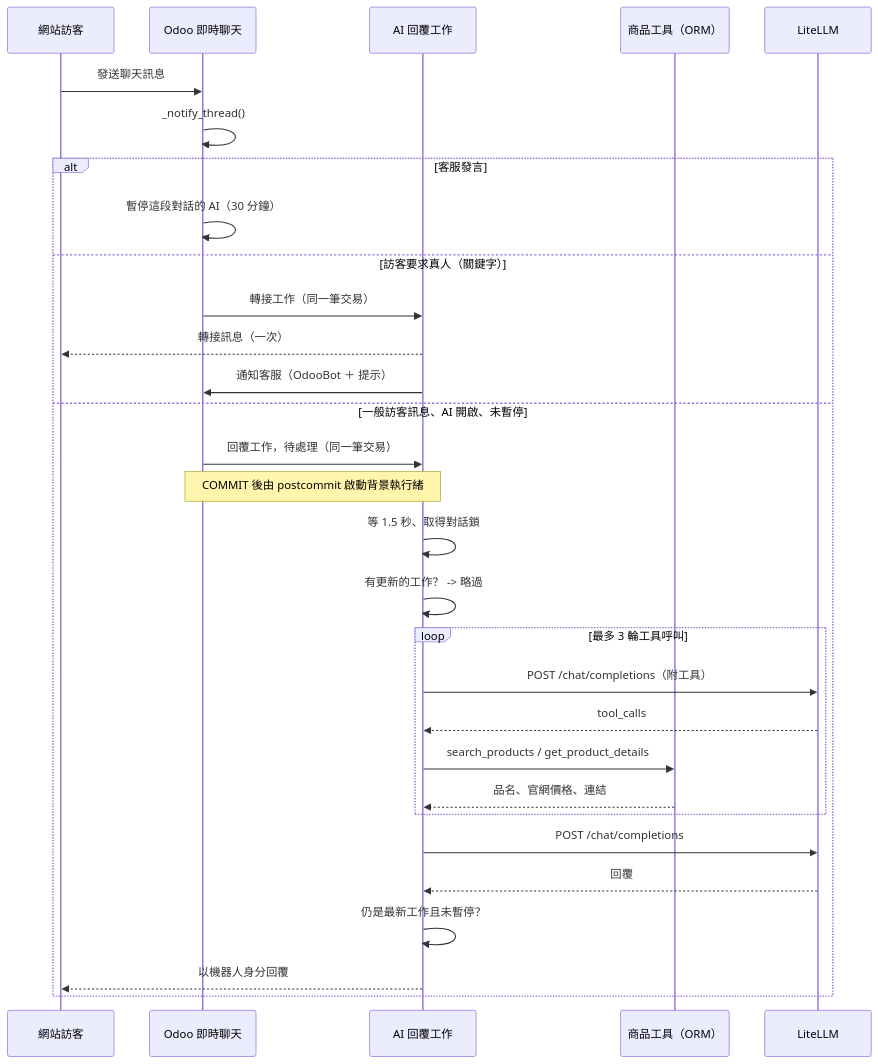
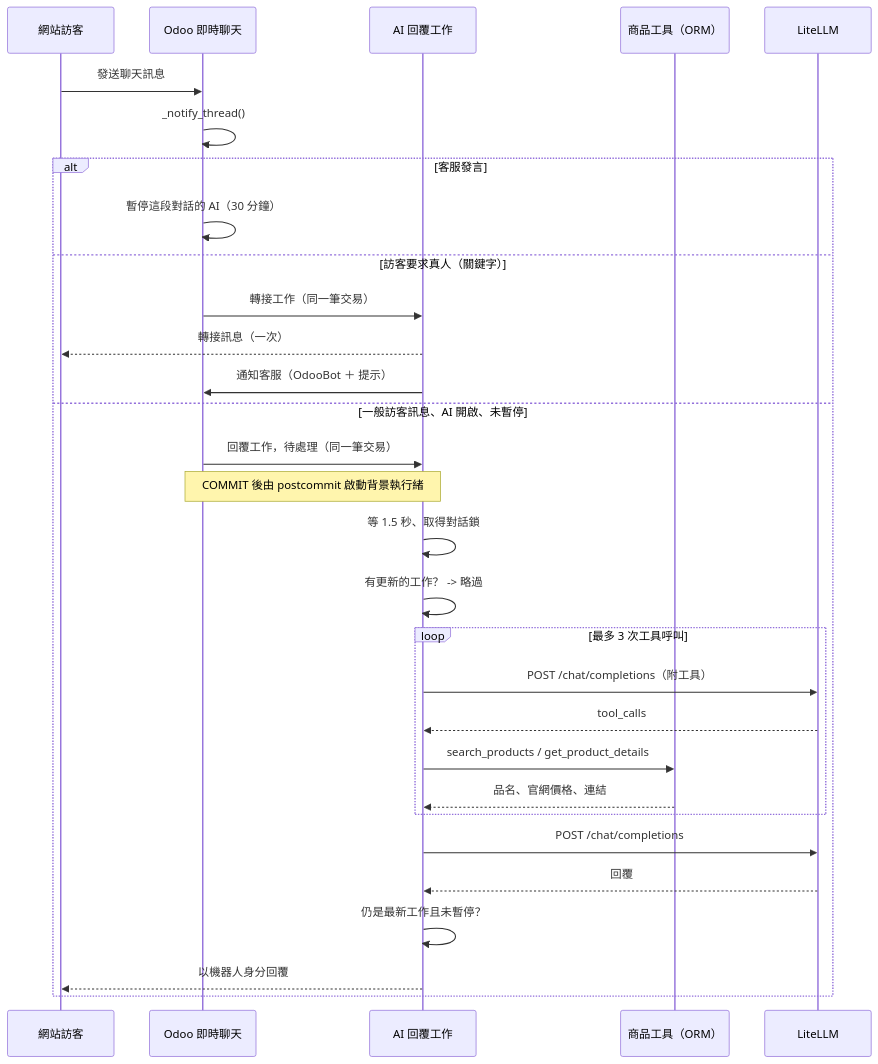
The first of 2 diagrams in README_zh-TW.md (WOOWTECH/Woow_odoo_ai_livechat), drawn with Mermaid before and after one commit. The commit also changed other lines of this file and 18 other files, not shown here.

````diff
--- a/README_zh-TW.md
+++ b/README_zh-TW.md
@@ -138,33 +138,33 @@
 ```mermaid
 sequenceDiagram
     participant V as 網站訪客
     participant O as Odoo 即時聊天
     participant J as AI 回覆工作
     participant T as 商品工具（ORM）
     participant L as LiteLLM
 
     V->>O: 發送聊天訊息
     O->>O: _notify_thread()
     alt 客服發言
         O->>O: 暫停這段對話的 AI（30 分鐘）
     else 訪客要求真人（關鍵字）
         O->>J: 轉接工作（同一筆交易）
         J-->>V: 轉接訊息（一次）
         J->>O: 通知客服（OdooBot ＋ 提示）
     else 一般訪客訊息、AI 開啟、未暫停
         O->>J: 回覆工作，待處理（同一筆交易）
         Note over O,J: COMMIT 後由 postcommit 啟動背景執行緒
         J->>J: 等 1.5 秒、取得對話鎖
         J->>J: 有更新的工作？ -> 略過
-        loop 最多 3 輪工具呼叫
+        loop 最多 3 次工具呼叫
             J->>L: POST /chat/completions（附工具）
             L-->>J: tool_calls
             J->>T: search_products / get_product_details
             T-->>J: 品名、官網價格、連結
         end
         J->>L: POST /chat/completions
         L-->>J: 回覆
         J->>J: 仍是最新工作且未暫停？
         J-->>V: 以機器人身分回覆
     end
 ```
````
